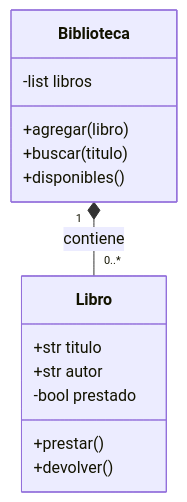
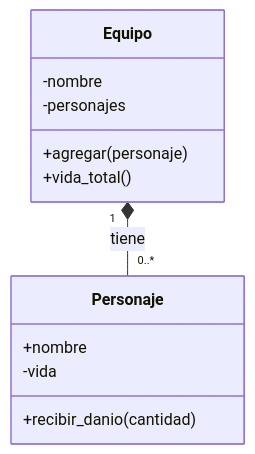
The fourth of 5 diagrams in docs/MPO/UT6/index.md (jordicido/jordicido-fp), drawn with Mermaid before and after one commit. The commit also changed other lines of this file and 2 other files, not shown here.

````diff
--- a/docs/MPO/UT6/index.md
+++ b/docs/MPO/UT6/index.md
@@ -423,17 +678,15 @@
 ```mermaid
 classDiagram
-    class Biblioteca {
-        -list libros
-        +agregar(libro)
-        +buscar(titulo)
-        +disponibles()
+    class Equipo {
+        -nombre
+        -personajes
+        +agregar(personaje)
+        +vida_total()
     }
-    class Libro {
-        +str titulo
-        +str autor
-        -bool prestado
-        +prestar()
-        +devolver()
+    class Personaje {
+        +nombre
+        -vida
+        +recibir_danio(cantidad)
     }
-    Biblioteca "1" *-- "0..*" Libro : contiene
+    Equipo "1" *-- "0..*" Personaje : tiene
 ```
````
